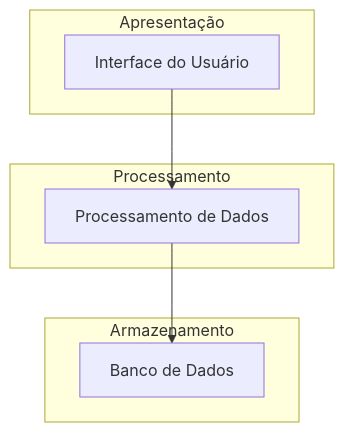
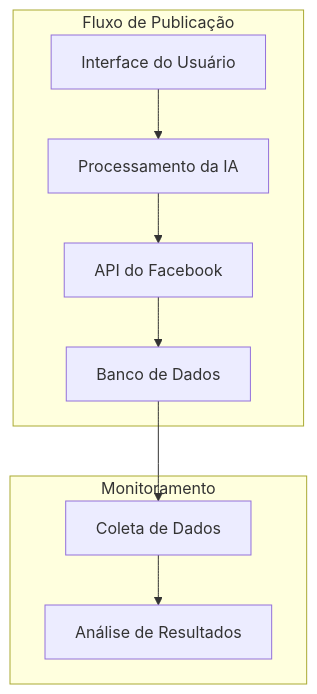
Before and after one commit to moroni-silva/moroni-teste: the diagram in docs/03_fluxo.md, drawn with Mermaid. The commit also changed other lines of this file, not shown here.

````diff
--- a/docs/03_fluxo.md
+++ b/docs/03_fluxo.md
@@ -30,17 +31,20 @@
 ```mermaid
 graph TB
-subgraph "Apresentação"
-UI[Interface do Usuário]
+subgraph "Fluxo de Publicação"
+    UI[Interface do Usuário]
+    PROCESS[Processamento da IA]
+    API[API do Facebook]
+    DB[Banco de Dados]
 end
 
-subgraph "Processamento"
-PD[Processamento de Dados]
+subgraph "Monitoramento"
+    COLETA[Coleta de Dados]
+    ANALISE[Análise de Resultados]
 end
 
-subgraph "Armazenamento"
-DB[Banco de Dados]
-end
-
-UI --> PD
-PD --> DB
+UI --> PROCESS
+PROCESS --> API
+API --> DB
+DB --> COLETA
+COLETA --> ANALISE
 ```
````
